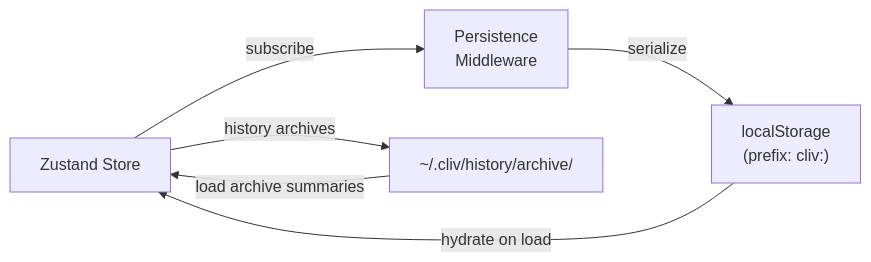
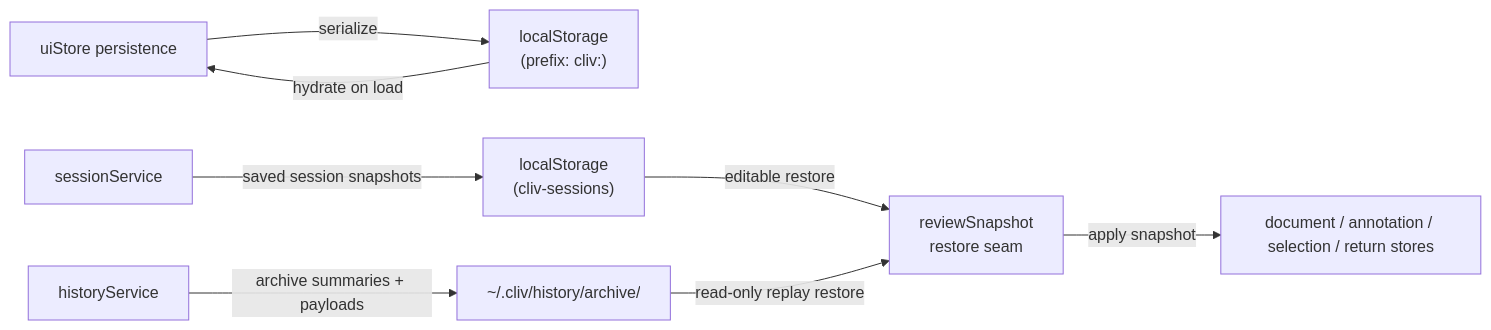
The tenth of 22 diagrams in docs/demo/demo.md (BobDLA/cliv), drawn with Mermaid before and after one commit. The commit also changed other lines of this file and 44 other files, not shown here.

````diff
--- a/docs/demo/demo.md
+++ b/docs/demo/demo.md
@@ -641,9 +704,12 @@
 ```mermaid
 flowchart LR
-    ZUSTAND["Zustand Store"] -->|"subscribe"| PERSIST["Persistence<br/>Middleware"]
-    PERSIST -->|"serialize"| LS["localStorage<br/>(prefix: cliv:)"]
-    LS -->|"hydrate on load"| ZUSTAND
+    UI["uiStore persistence"] -->|"serialize"| LS_UI["localStorage<br/>(prefix: cliv:)"]
+    LS_UI -->|"hydrate on load"| UI
 
-    ZUSTAND -->|"history archives"| FS["~/.cliv/history/archive/"]
-    FS -->|"load archive summaries"| ZUSTAND
+    SESS["sessionService"] -->|"saved session snapshots"| LS_SESS["localStorage<br/>(cliv-sessions)"]
+    HIST["historyService"] -->|"archive summaries + payloads"| FS["~/.cliv/history/archive/"]
+
+    LS_SESS -->|"editable restore"| SNAP["reviewSnapshot<br/>restore seam"]
+    FS -->|"read-only replay restore"| SNAP
+    SNAP -->|"apply snapshot"| ZUSTAND["document / annotation / selection / return stores"]
 ```
````
